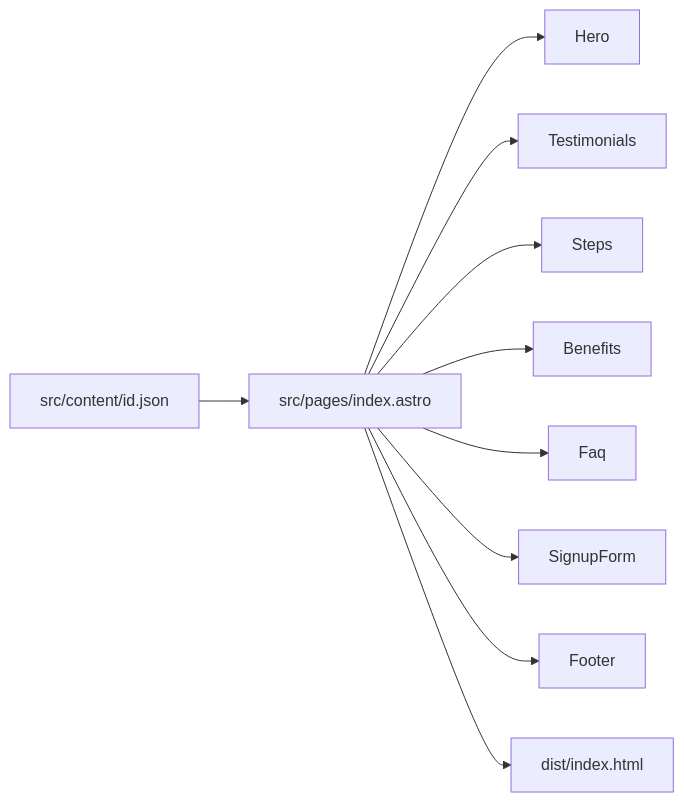
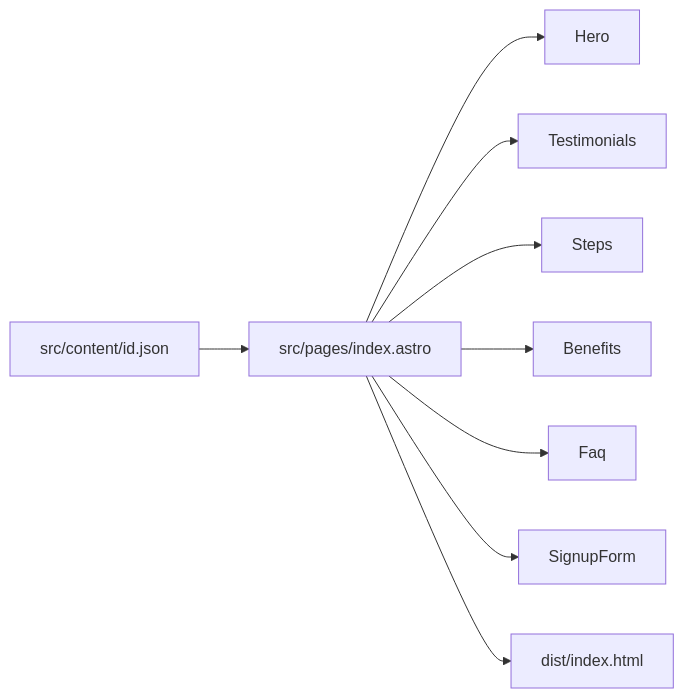
Before and after one commit to ryanrizki/hostinger-copy: the second of 3 diagrams in docs/ARCHITECTURE.md, drawn with Mermaid. The commit also changed other lines of this file and 11 other files, not shown here.

````diff
--- a/docs/ARCHITECTURE.md
+++ b/docs/ARCHITECTURE.md
@@ -22,6 +22,6 @@
 ```mermaid
 flowchart LR
   J[src/content/id.json] --> P[src/pages/index.astro]
-  P --> C1[Hero] & C2[Testimonials] & C3[Steps] & C4[Benefits] & C5[Faq] & C6[SignupForm] & C7[Footer]
+  P --> C1[Hero] & C2[Testimonials] & C3[Steps] & C4[Benefits] & C5[Faq] & C6[SignupForm]
   P --> H[dist/index.html]
 ```
````
